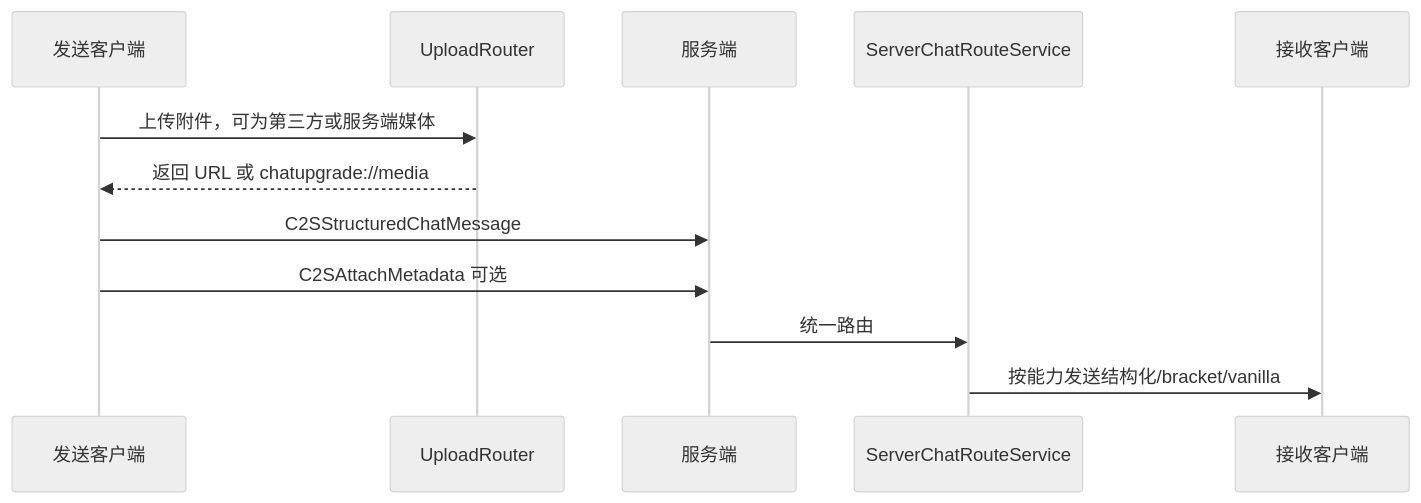
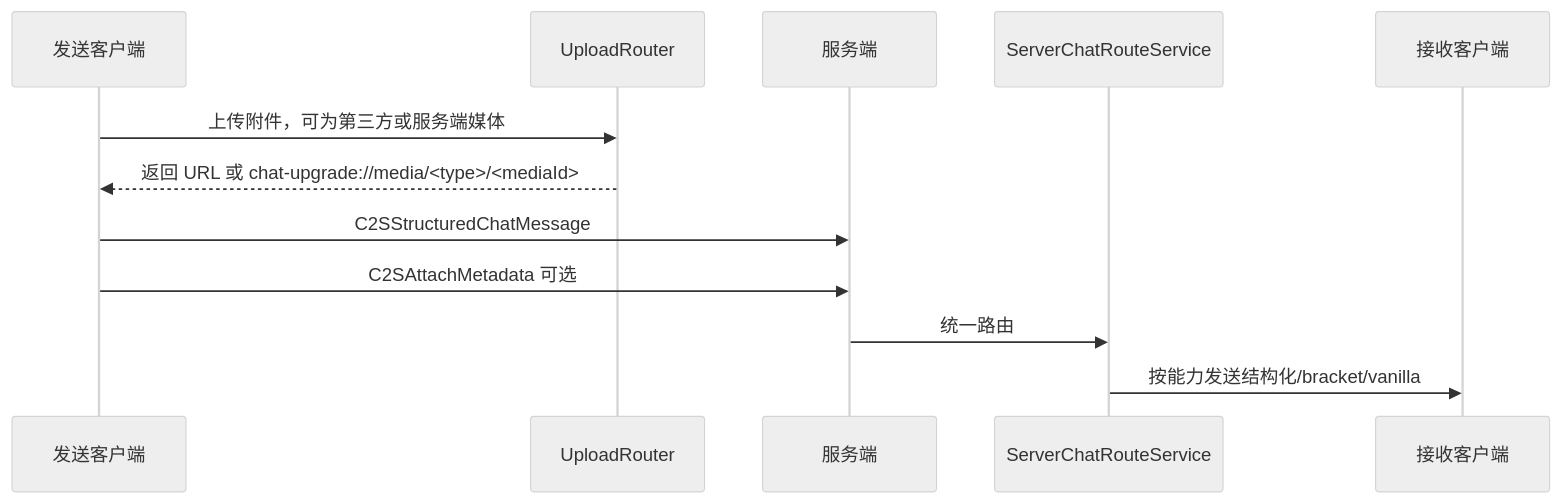
Before and after one commit to LoosePrince/chat-upgrade: the diagram in docs/protocol-and-routing.md, drawn with Mermaid (neutral theme). The commit also changed other lines of this file and 4 other files, not shown here.

````diff
--- a/docs/protocol-and-routing.md
+++ b/docs/protocol-and-routing.md
@@ -83,15 +83,15 @@
 ```mermaid
 sequenceDiagram
     participant Client as 发送客户端
     participant Upload as UploadRouter
     participant Server as 服务端
     participant Route as ServerChatRouteService
     participant Target as 接收客户端
 
     Client->>Upload: 上传附件，可为第三方或服务端媒体
-    Upload-->>Client: 返回 URL 或 chatupgrade://media
+    Upload-->>Client: 返回 URL 或 chat-upgrade://media/<type>/<mediaId>
     Client->>Server: C2SStructuredChatMessage
     Client->>Server: C2SAttachMetadata 可选
     Server->>Route: 统一路由
     Route->>Target: 按能力发送结构化/bracket/vanilla
 ```
````
